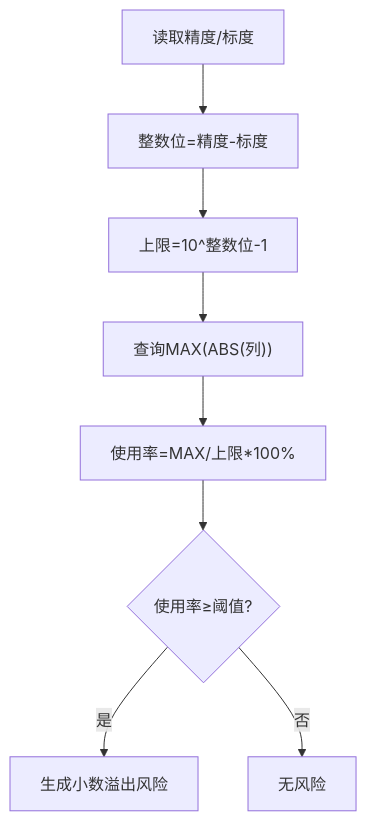
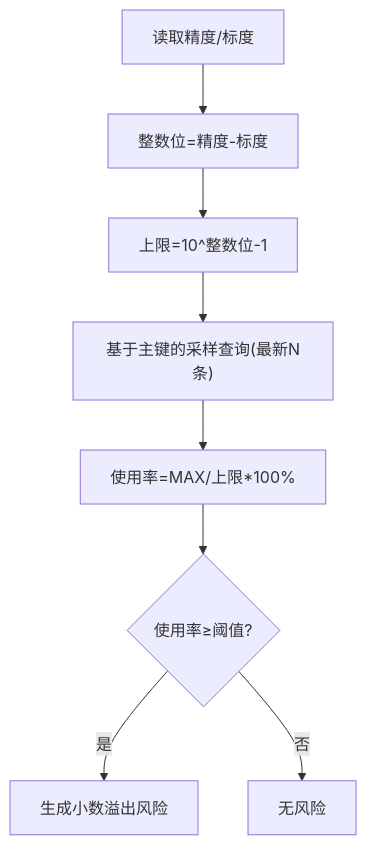
The fifth of 8 diagrams in .qoder/repowiki/zh/content/核心功能模块/风险检测引擎.md (zzjxmy/mysql-risk-filed-check), drawn with Mermaid before and after one commit. The commit also changed other lines of this file and 6 other files, not shown here.

````diff
--- a/.qoder/repowiki/zh/content/核心功能模块/风险检测引擎.md
+++ b/.qoder/repowiki/zh/content/核心功能模块/风险检测引擎.md
@@ -231,10 +304,10 @@
 ```mermaid
 flowchart TD
 A["读取精度/标度"] --> B["整数位=精度-标度"]
 B --> C["上限=10^整数位-1"]
-C --> D["查询MAX(ABS(列))"]
+C --> D["基于主键的采样查询(最新N条)"]
 D --> E["使用率=MAX/上限*100%"]
 E --> F{"使用率≥阈值?"}
 F --> |是| G["生成小数溢出风险"]
 F --> |否| H["无风险"]
 ```
````
